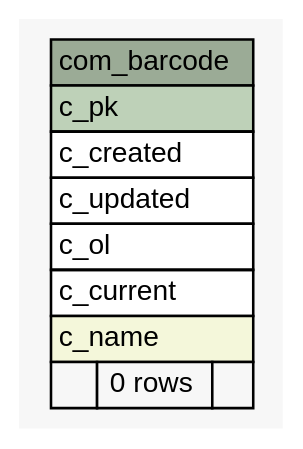
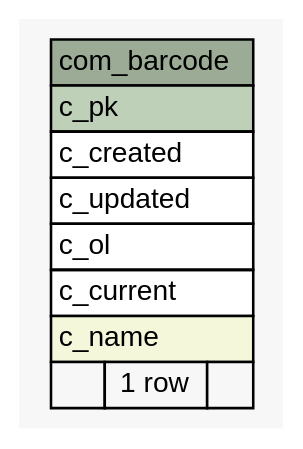
Before and after one commit to openwms/org.openwms.common.service.lib: the diagram in 1.7.0-SNAPSHOT/schemaspy/diagrams/summary/com_barcode.1degree.dot, drawn with Graphviz. The commit also changed 411 other files, not shown here.

```diff
--- a/1.7.0-SNAPSHOT/schemaspy/diagrams/summary/com_barcode.1degree.dot
+++ b/1.7.0-SNAPSHOT/schemaspy/diagrams/summary/com_barcode.1degree.dot
@@ -1,35 +1,35 @@
 // dot 2.43.0 on Linux 5.4.0-1039-azure
 // SchemaSpy rev Unknown
 digraph "com_barcode" {
   graph [
     rankdir="RL"
     bgcolor="#f7f7f7"
     nodesep="0.18"
     ranksep="0.46"
     fontname="Helvetica"
     fontsize="11"
   ];
   node [
     fontname="Helvetica"
     fontsize="11"
     shape="plaintext"
   ];
   edge [
     arrowsize="0.8"
   ];
   "com_barcode" [
     label=<
     <TABLE BORDER="0" CELLBORDER="1" CELLSPACING="0" BGCOLOR="#ffffff">
       <TR><TD COLSPAN="3" BGCOLOR="#9bab96" ALIGN="CENTER">com_barcode</TD></TR>
       <TR><TD PORT="c_pk" COLSPAN="3" BGCOLOR="#bed1b8" ALIGN="LEFT">c_pk</TD></TR>
       <TR><TD PORT="c_created" COLSPAN="3" ALIGN="LEFT">c_created</TD></TR>
       <TR><TD PORT="c_updated" COLSPAN="3" ALIGN="LEFT">c_updated</TD></TR>
       <TR><TD PORT="c_ol" COLSPAN="3" ALIGN="LEFT">c_ol</TD></TR>
       <TR><TD PORT="c_current" COLSPAN="3" ALIGN="LEFT">c_current</TD></TR>
       <TR><TD PORT="c_name" COLSPAN="3" BGCOLOR="#f4f7da" ALIGN="LEFT">c_name</TD></TR>
-      <TR><TD ALIGN="LEFT" BGCOLOR="#f7f7f7">  </TD><TD ALIGN="RIGHT" BGCOLOR="#f7f7f7">0 rows</TD><TD ALIGN="RIGHT" BGCOLOR="#f7f7f7">  </TD></TR>
+      <TR><TD ALIGN="LEFT" BGCOLOR="#f7f7f7">  </TD><TD ALIGN="RIGHT" BGCOLOR="#f7f7f7">1 row</TD><TD ALIGN="RIGHT" BGCOLOR="#f7f7f7">  </TD></TR>
     </TABLE>>
     URL="tables/com_barcode.html"
     tooltip="com_barcode"
   ];
 }
```
